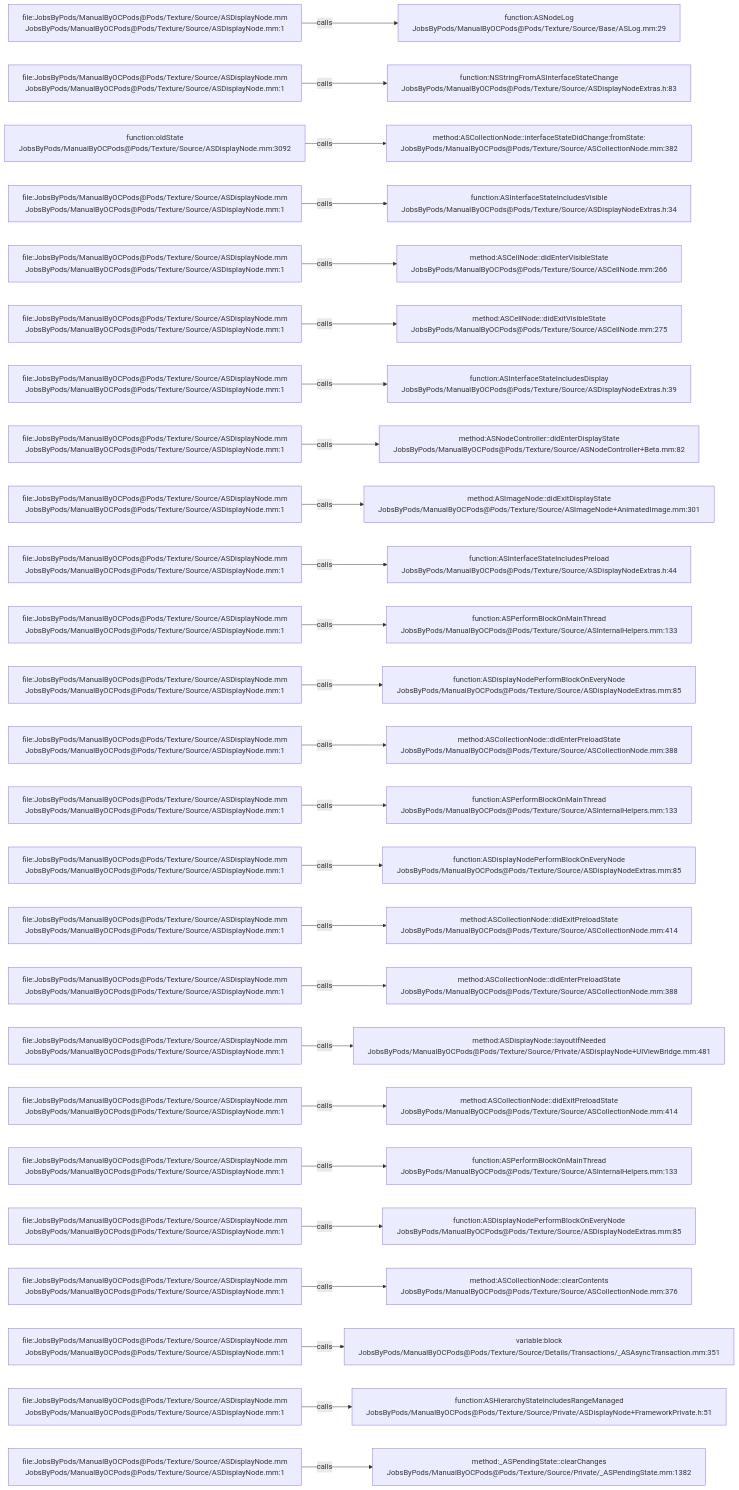
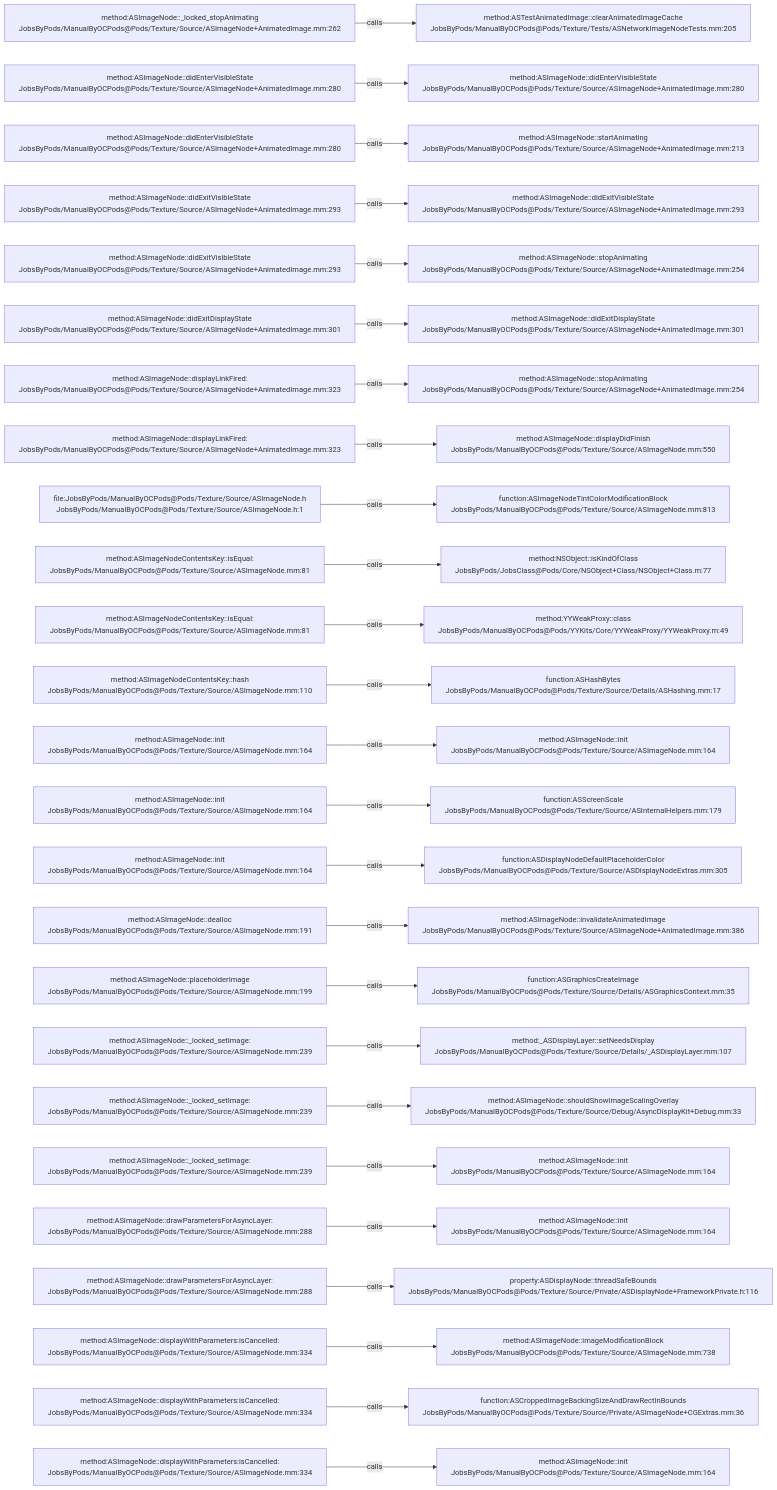
One commit to JobsKits/JobsOCBaseConfigDemo changed the diagram in .codegraph/codegraph.md/graphs/calls-101.md. Above: the diagram before and after it, drawn with Mermaid. The commit also changed 1448 other files, not shown here.

````diff
--- a/.codegraph/codegraph.md/graphs/calls-101.md
+++ b/.codegraph/codegraph.md/graphs/calls-101.md
@@ -13,78 +13,78 @@
 ```mermaid
 flowchart LR
-  S1["file:JobsByPods/ManualByOCPods@Pods/Texture/Source/ASDisplayNode.mm<br/>JobsByPods/ManualByOCPods@Pods/Texture/Source/ASDisplayNode.mm:1"]
-  T1["function:ASNodeLog<br/>JobsByPods/ManualByOCPods@Pods/Texture/Source/Base/ASLog.mm:29"]
+  S1["method:ASImageNode::_locked_stopAnimating<br/>JobsByPods/ManualByOCPods@Pods/Texture/Source/ASImageNode+AnimatedImage.mm:262"]
+  T1["method:ASTestAnimatedImage::clearAnimatedImageCache<br/>JobsByPods/ManualByOCPods@Pods/Texture/Tests/ASNetworkImageNodeTests.mm:205"]
   S1 -->|calls| T1
-  S2["file:JobsByPods/ManualByOCPods@Pods/Texture/Source/ASDisplayNode.mm<br/>JobsByPods/ManualByOCPods@Pods/Texture/Source/ASDisplayNode.mm:1"]
-  T2["function:NSStringFromASInterfaceStateChange<br/>JobsByPods/ManualByOCPods@Pods/Texture/Source/ASDisplayNodeExtras.h:83"]
+  S2["method:ASImageNode::didEnterVisibleState<br/>JobsByPods/ManualByOCPods@Pods/Texture/Source/ASImageNode+AnimatedImage.mm:280"]
+  T2["method:ASImageNode::didEnterVisibleState<br/>JobsByPods/ManualByOCPods@Pods/Texture/Source/ASImageNode+AnimatedImage.mm:280"]
   S2 -->|calls| T2
-  S3["function:oldState<br/>JobsByPods/ManualByOCPods@Pods/Texture/Source/ASDisplayNode.mm:3092"]
-  T3["method:ASCollectionNode::interfaceStateDidChange:fromState:<br/>JobsByPods/ManualByOCPods@Pods/Texture/Source/ASCollectionNode.mm:382"]
+  S3["method:ASImageNode::didEnterVisibleState<br/>JobsByPods/ManualByOCPods@Pods/Texture/Source/ASImageNode+AnimatedImage.mm:280"]
+  T3["method:ASImageNode::startAnimating<br/>JobsByPods/ManualByOCPods@Pods/Texture/Source/ASImageNode+AnimatedImage.mm:213"]
   S3 -->|calls| T3
-  S4["file:JobsByPods/ManualByOCPods@Pods/Texture/Source/ASDisplayNode.mm<br/>JobsByPods/ManualByOCPods@Pods/Texture/Source/ASDisplayNode.mm:1"]
-  T4["function:ASInterfaceStateIncludesVisible<br/>JobsByPods/ManualByOCPods@Pods/Texture/Source/ASDisplayNodeExtras.h:34"]
+  S4["method:ASImageNode::didExitVisibleState<br/>JobsByPods/ManualByOCPods@Pods/Texture/Source/ASImageNode+AnimatedImage.mm:293"]
+  T4["method:ASImageNode::didExitVisibleState<br/>JobsByPods/ManualByOCPods@Pods/Texture/Source/ASImageNode+AnimatedImage.mm:293"]
   S4 -->|calls| T4
-  S5["file:JobsByPods/ManualByOCPods@Pods/Texture/Source/ASDisplayNode.mm<br/>JobsByPods/ManualByOCPods@Pods/Texture/Source/ASDisplayNode.mm:1"]
-  T5["method:ASCellNode::didEnterVisibleState<br/>JobsByPods/ManualByOCPods@Pods/Texture/Source/ASCellNode.mm:266"]
+  S5["method:ASImageNode::didExitVisibleState<br/>JobsByPods/ManualByOCPods@Pods/Texture/Source/ASImageNode+AnimatedImage.mm:293"]
+  T5["method:ASImageNode::stopAnimating<br/>JobsByPods/ManualByOCPods@Pods/Texture/Source/ASImageNode+AnimatedImage.mm:254"]
   S5 -->|calls| T5
-  S6["file:JobsByPods/ManualByOCPods@Pods/Texture/Source/ASDisplayNode.mm<br/>JobsByPods/ManualByOCPods@Pods/Texture/Source/ASDisplayNode.mm:1"]
-  T6["method:ASCellNode::didExitVisibleState<br/>JobsByPods/ManualByOCPods@Pods/Texture/Source/ASCellNode.mm:275"]
+  S6["method:ASImageNode::didExitDisplayState<br/>JobsByPods/ManualByOCPods@Pods/Texture/Source/ASImageNode+AnimatedImage.mm:301"]
+  T6["method:ASImageNode::didExitDisplayState<br/>JobsByPods/ManualByOCPods@Pods/Texture/Source/ASImageNode+AnimatedImage.mm:301"]
   S6 -->|calls| T6
-  S7["file:JobsByPods/ManualByOCPods@Pods/Texture/Source/ASDisplayNode.mm<br/>JobsByPods/ManualByOCPods@Pods/Texture/Source/ASDisplayNode.mm:1"]
-  T7["function:ASInterfaceStateIncludesDisplay<br/>JobsByPods/ManualByOCPods@Pods/Texture/Source/ASDisplayNodeExtras.h:39"]
+  S7["method:ASImageNode::displayLinkFired:<br/>JobsByPods/ManualByOCPods@Pods/Texture/Source/ASImageNode+AnimatedImage.mm:323"]
+  T7["method:ASImageNode::stopAnimating<br/>JobsByPods/ManualByOCPods@Pods/Texture/Source/ASImageNode+AnimatedImage.mm:254"]
   S7 -->|calls| T7
-  S8["file:JobsByPods/ManualByOCPods@Pods/Texture/Source/ASDisplayNode.mm<br/>JobsByPods/ManualByOCPods@Pods/Texture/Source/ASDisplayNode.mm:1"]
-  T8["method:ASNodeController::didEnterDisplayState<br/>JobsByPods/ManualByOCPods@Pods/Texture/Source/ASNodeController+Beta.mm:82"]
+  S8["method:ASImageNode::displayLinkFired:<br/>JobsByPods/ManualByOCPods@Pods/Texture/Source/ASImageNode+AnimatedImage.mm:323"]
+  T8["method:ASImageNode::displayDidFinish<br/>JobsByPods/ManualByOCPods@Pods/Texture/Source/ASImageNode.mm:550"]
   S8 -->|calls| T8
-  S9["file:JobsByPods/ManualByOCPods@Pods/Texture/Source/ASDisplayNode.mm<br/>JobsByPods/ManualByOCPods@Pods/Texture/Source/ASDisplayNode.mm:1"]
-  T9["method:ASImageNode::didExitDisplayState<br/>JobsByPods/ManualByOCPods@Pods/Texture/Source/ASImageNode+AnimatedImage.mm:301"]
+  S9["file:JobsByPods/ManualByOCPods@Pods/Texture/Source/ASImageNode.h<br/>JobsByPods/ManualByOCPods@Pods/Texture/Source/ASImageNode.h:1"]
+  T9["function:ASImageNodeTintColorModificationBlock<br/>JobsByPods/ManualByOCPods@Pods/Texture/Source/ASImageNode.mm:813"]
   S9 -->|calls| T9
-  S10["file:JobsByPods/ManualByOCPods@Pods/Texture/Source/ASDisplayNode.mm<br/>JobsByPods/ManualByOCPods@Pods/Texture/Source/ASDisplayNode.mm:1"]
-  T10["function:ASInterfaceStateIncludesPreload<br/>JobsByPods/ManualByOCPods@Pods/Texture/Source/ASDisplayNodeExtras.h:44"]
+  S10["method:ASImageNodeContentsKey::isEqual:<br/>JobsByPods/ManualByOCPods@Pods/Texture/Source/ASImageNode.mm:81"]
+  T10["method:NSObject::isKindOfClass<br/>JobsByPods/JobsClass@Pods/Core/NSObject+Class/NSObject+Class.m:77"]
   S10 -->|calls| T10
-  S11["file:JobsByPods/ManualByOCPods@Pods/Texture/Source/ASDisplayNode.mm<br/>JobsByPods/ManualByOCPods@Pods/Texture/Source/ASDisplayNode.mm:1"]
-  T11["function:ASPerformBlockOnMainThread<br/>JobsByPods/ManualByOCPods@Pods/Texture/Source/ASInternalHelpers.mm:133"]
+  S11["method:ASImageNodeContentsKey::isEqual:<br/>JobsByPods/ManualByOCPods@Pods/Texture/Source/ASImageNode.mm:81"]
+  T11["method:YYWeakProxy::class<br/>JobsByPods/ManualByOCPods@Pods/YYKits/Core/YYWeakProxy/YYWeakProxy.m:49"]
   S11 -->|calls| T11
-  S12["file:JobsByPods/ManualByOCPods@Pods/Texture/Source/ASDisplayNode.mm<br/>JobsByPods/ManualByOCPods@Pods/Texture/Source/ASDisplayNode.mm:1"]
-  T12["function:ASDisplayNodePerformBlockOnEveryNode<br/>JobsByPods/ManualByOCPods@Pods/Texture/Source/ASDisplayNodeExtras.mm:85"]
+  S12["method:ASImageNodeContentsKey::hash<br/>JobsByPods/ManualByOCPods@Pods/Texture/Source/ASImageNode.mm:110"]
+  T12["function:ASHashBytes<br/>JobsByPods/ManualByOCPods@Pods/Texture/Source/Details/ASHashing.mm:17"]
   S12 -->|calls| T12
-  S13["file:JobsByPods/ManualByOCPods@Pods/Texture/Source/ASDisplayNode.mm<br/>JobsByPods/ManualByOCPods@Pods/Texture/Source/ASDisplayNode.mm:1"]
-  T13["method:ASCollectionNode::didEnterPreloadState<br/>JobsByPods/ManualByOCPods@Pods/Texture/Source/ASCollectionNode.mm:388"]
+  S13["method:ASImageNode::init<br/>JobsByPods/ManualByOCPods@Pods/Texture/Source/ASImageNode.mm:164"]
+  T13["method:ASImageNode::init<br/>JobsByPods/ManualByOCPods@Pods/Texture/Source/ASImageNode.mm:164"]
   S13 -->|calls| T13
-  S14["file:JobsByPods/ManualByOCPods@Pods/Texture/Source/ASDisplayNode.mm<br/>JobsByPods/ManualByOCPods@Pods/Texture/Source/ASDisplayNode.mm:1"]
-  T14["function:ASPerformBlockOnMainThread<br/>JobsByPods/ManualByOCPods@Pods/Texture/Source/ASInternalHelpers.mm:133"]
+  S14["method:ASImageNode::init<br/>JobsByPods/ManualByOCPods@Pods/Texture/Source/ASImageNode.mm:164"]
+  T14["function:ASScreenScale<br/>JobsByPods/ManualByOCPods@Pods/Texture/Source/ASInternalHelpers.mm:179"]
   S14 -->|calls| T14
-  S15["file:JobsByPods/ManualByOCPods@Pods/Texture/Source/ASDisplayNode.mm<br/>JobsByPods/ManualByOCPods@Pods/Texture/Source/ASDisplayNode.mm:1"]
-  T15["function:ASDisplayNodePerformBlockOnEveryNode<br/>JobsByPods/ManualByOCPods@Pods/Texture/Source/ASDisplayNodeExtras.mm:85"]
+  S15["method:ASImageNode::init<br/>JobsByPods/ManualByOCPods@Pods/Texture/Source/ASImageNode.mm:164"]
+  T15["function:ASDisplayNodeDefaultPlaceholderColor<br/>JobsByPods/ManualByOCPods@Pods/Texture/Source/ASDisplayNodeExtras.mm:305"]
   S15 -->|calls| T15
-  S16["file:JobsByPods/ManualByOCPods@Pods/Texture/Source/ASDisplayNode.mm<br/>JobsByPods/ManualByOCPods@Pods/Texture/Source/ASDisplayNode.mm:1"]
-  T16["method:ASCollectionNode::didExitPreloadState<br/>JobsByPods/ManualByOCPods@Pods/Texture/Source/ASCollectionNode.mm:414"]
+  S16["method:ASImageNode::dealloc<br/>JobsByPods/ManualByOCPods@Pods/Texture/Source/ASImageNode.mm:191"]
+  T16["method:ASImageNode::invalidateAnimatedImage<br/>JobsByPods/ManualByOCPods@Pods/Texture/Source/ASImageNode+AnimatedImage.mm:386"]
   S16 -->|calls| T16
-  S17["file:JobsByPods/ManualByOCPods@Pods/Texture/Source/ASDisplayNode.mm<br/>JobsByPods/ManualByOCPods@Pods/Texture/Source/ASDisplayNode.mm:1"]
-  T17["method:ASCollectionNode::didEnterPreloadState<br/>JobsByPods/ManualByOCPods@Pods/Texture/Source/ASCollectionNode.mm:388"]
+  S17["method:ASImageNode::placeholderImage<br/>JobsByPods/ManualByOCPods@Pods/Texture/Source/ASImageNode.mm:199"]
+  T17["function:ASGraphicsCreateImage<br/>JobsByPods/ManualByOCPods@Pods/Texture/Source/Details/ASGraphicsContext.mm:35"]
   S17 -->|calls| T17
-  S18["file:JobsByPods/ManualByOCPods@Pods/Texture/Source/ASDisplayNode.mm<br/>JobsByPods/ManualByOCPods@Pods/Texture/Source/ASDisplayNode.mm:1"]
-  T18["method:ASDisplayNode::layoutIfNeeded<br/>JobsByPods/ManualByOCPods@Pods/Texture/Source/Private/ASDisplayNode+UIViewBridge.mm:481"]
+  S18["method:ASImageNode::_locked_setImage:<br/>JobsByPods/ManualByOCPods@Pods/Texture/Source/ASImageNode.mm:239"]
+  T18["method:_ASDisplayLayer::setNeedsDisplay<br/>JobsByPods/ManualByOCPods@Pods/Texture/Source/Details/_ASDisplayLayer.mm:107"]
   S18 -->|calls| T18
-  S19["file:JobsByPods/ManualByOCPods@Pods/Texture/Source/ASDisplayNode.mm<br/>JobsByPods/ManualByOCPods@Pods/Texture/Source/ASDisplayNode.mm:1"]
-  T19["method:ASCollectionNode::didExitPreloadState<br/>JobsByPods/ManualByOCPods@Pods/Texture/Source/ASCollectionNode.mm:414"]
+  S19["method:ASImageNode::_locked_setImage:<br/>JobsByPods/ManualByOCPods@Pods/Texture/Source/ASImageNode.mm:239"]
+  T19["method:ASImageNode::shouldShowImageScalingOverlay<br/>JobsByPods/ManualByOCPods@Pods/Texture/Source/Debug/AsyncDisplayKit+Debug.mm:33"]
   S19 -->|calls| T19
-  S20["file:JobsByPods/ManualByOCPods@Pods/Texture/Source/ASDisplayNode.mm<br/>JobsByPods/ManualByOCPods@Pods/Texture/Source/ASDisplayNode.mm:1"]
-  T20["function:ASPerformBlockOnMainThread<br/>JobsByPods/ManualByOCPods@Pods/Texture/Source/ASInternalHelpers.mm:133"]
+  S20["method:ASImageNode::_locked_setImage:<br/>JobsByPods/ManualByOCPods@Pods/Texture/Source/ASImageNode.mm:239"]
+  T20["method:ASImageNode::init<br/>JobsByPods/ManualByOCPods@Pods/Texture/Source/ASImageNode.mm:164"]
   S20 -->|calls| T20
-  S21["file:JobsByPods/ManualByOCPods@Pods/Texture/Source/ASDisplayNode.mm<br/>JobsByPods/ManualByOCPods@Pods/Texture/Source/ASDisplayNode.mm:1"]
-  T21["function:ASDisplayNodePerformBlockOnEveryNode<br/>JobsByPods/ManualByOCPods@Pods/Texture/Source/ASDisplayNodeExtras.mm:85"]
+  S21["method:ASImageNode::drawParametersForAsyncLayer:<br/>JobsByPods/ManualByOCPods@Pods/Texture/Source/ASImageNode.mm:288"]
+  T21["method:ASImageNode::init<br/>JobsByPods/ManualByOCPods@Pods/Texture/Source/ASImageNode.mm:164"]
   S21 -->|calls| T21
-  S22["file:JobsByPods/ManualByOCPods@Pods/Texture/Source/ASDisplayNode.mm<br/>JobsByPods/ManualByOCPods@Pods/Texture/Source/ASDisplayNode.mm:1"]
-  T22["method:ASCollectionNode::clearContents<br/>JobsByPods/ManualByOCPods@Pods/Texture/Source/ASCollectionNode.mm:376"]
+  S22["method:ASImageNode::drawParametersForAsyncLayer:<br/>JobsByPods/ManualByOCPods@Pods/Texture/Source/ASImageNode.mm:288"]
+  T22["property:ASDisplayNode::threadSafeBounds<br/>JobsByPods/ManualByOCPods@Pods/Texture/Source/Private/ASDisplayNode+FrameworkPrivate.h:116"]
   S22 -->|calls| T22
-  S23["file:JobsByPods/ManualByOCPods@Pods/Texture/Source/ASDisplayNode.mm<br/>JobsByPods/ManualByOCPods@Pods/Texture/Source/ASDisplayNode.mm:1"]
-  T23["variable:block<br/>JobsByPods/ManualByOCPods@Pods/Texture/Source/Details/Transactions/_ASAsyncTransaction.mm:351"]
+  S23["method:ASImageNode::displayWithParameters:isCancelled:<br/>JobsByPods/ManualByOCPods@Pods/Texture/Source/ASImageNode.mm:334"]
+  T23["method:ASImageNode::imageModificationBlock<br/>JobsByPods/ManualByOCPods@Pods/Texture/Source/ASImageNode.mm:738"]
   S23 -->|calls| T23
-  S24["file:JobsByPods/ManualByOCPods@Pods/Texture/Source/ASDisplayNode.mm<br/>JobsByPods/ManualByOCPods@Pods/Texture/Source/ASDisplayNode.mm:1"]
-  T24["function:ASHierarchyStateIncludesRangeManaged<br/>JobsByPods/ManualByOCPods@Pods/Texture/Source/Private/ASDisplayNode+FrameworkPrivate.h:51"]
+  S24["method:ASImageNode::displayWithParameters:isCancelled:<br/>JobsByPods/ManualByOCPods@Pods/Texture/Source/ASImageNode.mm:334"]
+  T24["function:ASCroppedImageBackingSizeAndDrawRectInBounds<br/>JobsByPods/ManualByOCPods@Pods/Texture/Source/Private/ASImageNode+CGExtras.mm:36"]
   S24 -->|calls| T24
-  S25["file:JobsByPods/ManualByOCPods@Pods/Texture/Source/ASDisplayNode.mm<br/>JobsByPods/ManualByOCPods@Pods/Texture/Source/ASDisplayNode.mm:1"]
-  T25["method:_ASPendingState::clearChanges<br/>JobsByPods/ManualByOCPods@Pods/Texture/Source/Private/_ASPendingState.mm:1382"]
+  S25["method:ASImageNode::displayWithParameters:isCancelled:<br/>JobsByPods/ManualByOCPods@Pods/Texture/Source/ASImageNode.mm:334"]
+  T25["method:ASImageNode::init<br/>JobsByPods/ManualByOCPods@Pods/Texture/Source/ASImageNode.mm:164"]
   S25 -->|calls| T25
 ```
````
